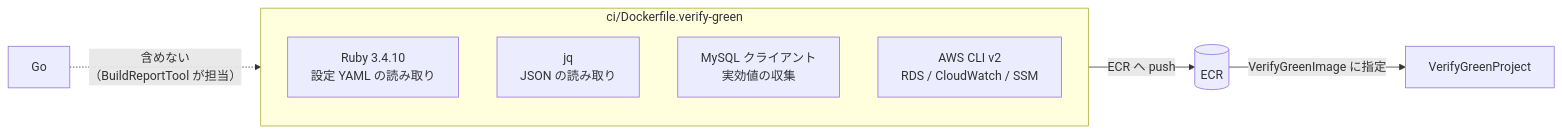
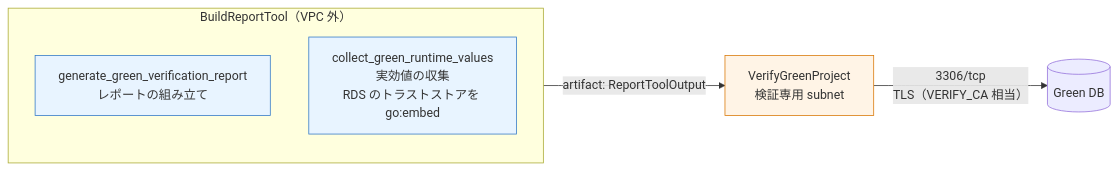
Before and after one commit to rxsxkxd/pk: the sixth of 7 diagrams in docs/rds_mysql_upgrade/ci/verify-green-vpc-architecture.md, drawn with Mermaid. The commit also changed other lines of this file and 15 other files, not shown here.

````diff
--- a/docs/rds_mysql_upgrade/ci/verify-green-vpc-architecture.md
+++ b/docs/rds_mysql_upgrade/ci/verify-green-vpc-architecture.md
@@ -163,13 +165,14 @@
 ```mermaid
 flowchart LR
-    subgraph img["ci/Dockerfile.verify-green"]
-        RB["Ruby 3.4.10<br/>設定 YAML の読み取り"]
-        JQ["jq<br/>JSON の読み取り"]
-        MY["MySQL クライアント<br/>実効値の収集"]
-        AWSCLI["AWS CLI v2<br/>RDS / CloudWatch / SSM"]
+    subgraph brt["BuildReportTool（VPC 外）"]
+        B1["generate_green_verification_report<br/>レポートの組み立て"]
+        B2["collect_green_runtime_values<br/>実効値の収集<br/>RDS のトラストストアを go:embed"]
     end
-    img -->|"ECR へ push"| ECR[("ECR")]
-    ECR -->|"VerifyGreenImage に指定"| VG["VerifyGreenProject"]
+    brt -->|"artifact: ReportToolOutput"| VG["VerifyGreenProject<br/>検証専用 subnet"]
+    VG -->|"3306/tcp<br/>TLS（VERIFY_CA 相当）"| DB[("Green DB")]
 
-    GO["Go"] -.->|"含めない<br/>（BuildReportTool が担当）"| img
+    classDef outside fill:#e8f4ff,stroke:#3178c6
+    classDef inside fill:#fff4e6,stroke:#d97706
+    class B1,B2 outside
+    class VG inside
 ```
````
